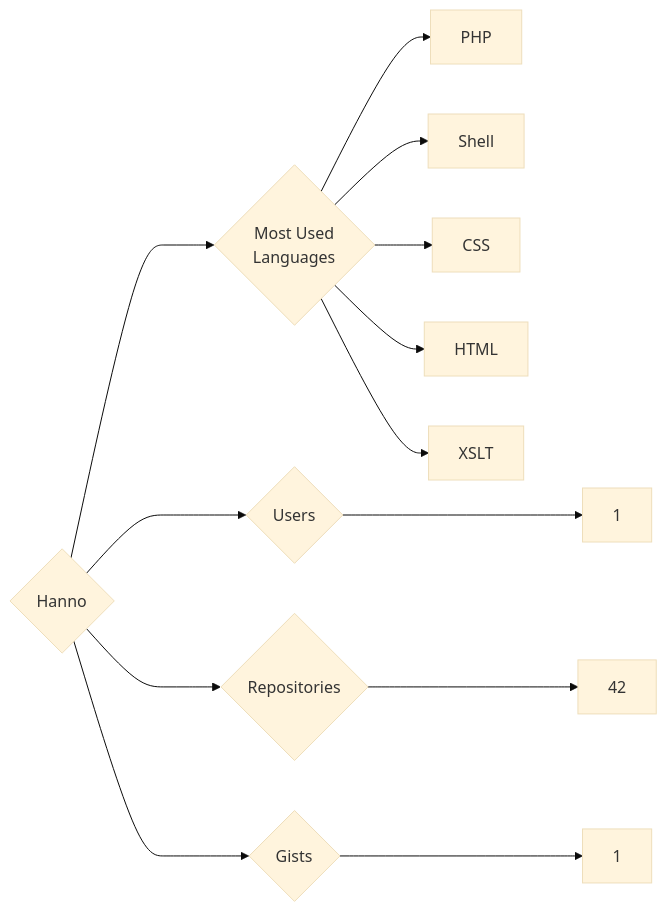
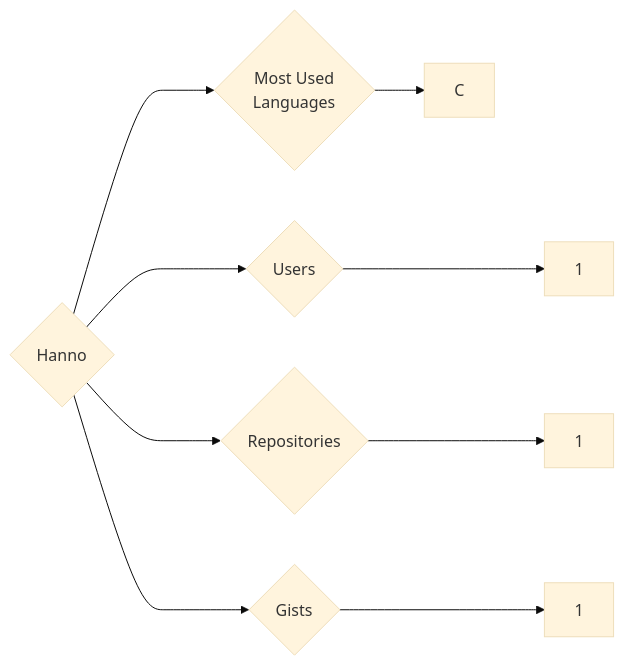
Before and after one commit to trickest/insiders: the diagram in targets/Hanno/README.md, drawn with Mermaid (base theme). The commit also changed 559 other files, not shown here.

````diff
--- a/targets/Hanno/README.md
+++ b/targets/Hanno/README.md
@@ -3,13 +3,9 @@
 ```mermaid
 graph LR
 COMPANY_NAME{Hanno}
 COMPANY_NAME ---> U{Users} ---> UN[1]
-COMPANY_NAME ---> R{Repositories} ---> RN[42]
+COMPANY_NAME ---> R{Repositories} ---> RN[1]
 COMPANY_NAME ---> G{Gists} ---> GN[1]
 COMPANY_NAME ---> ML{Most Used<br>Languages}
-ML --> PHP[PHP]
-ML --> Shell[Shell]
-ML --> CSS[CSS]
-ML --> HTML[HTML]
-ML --> XSLT[XSLT]
+ML --> C[C]
 ```
````
